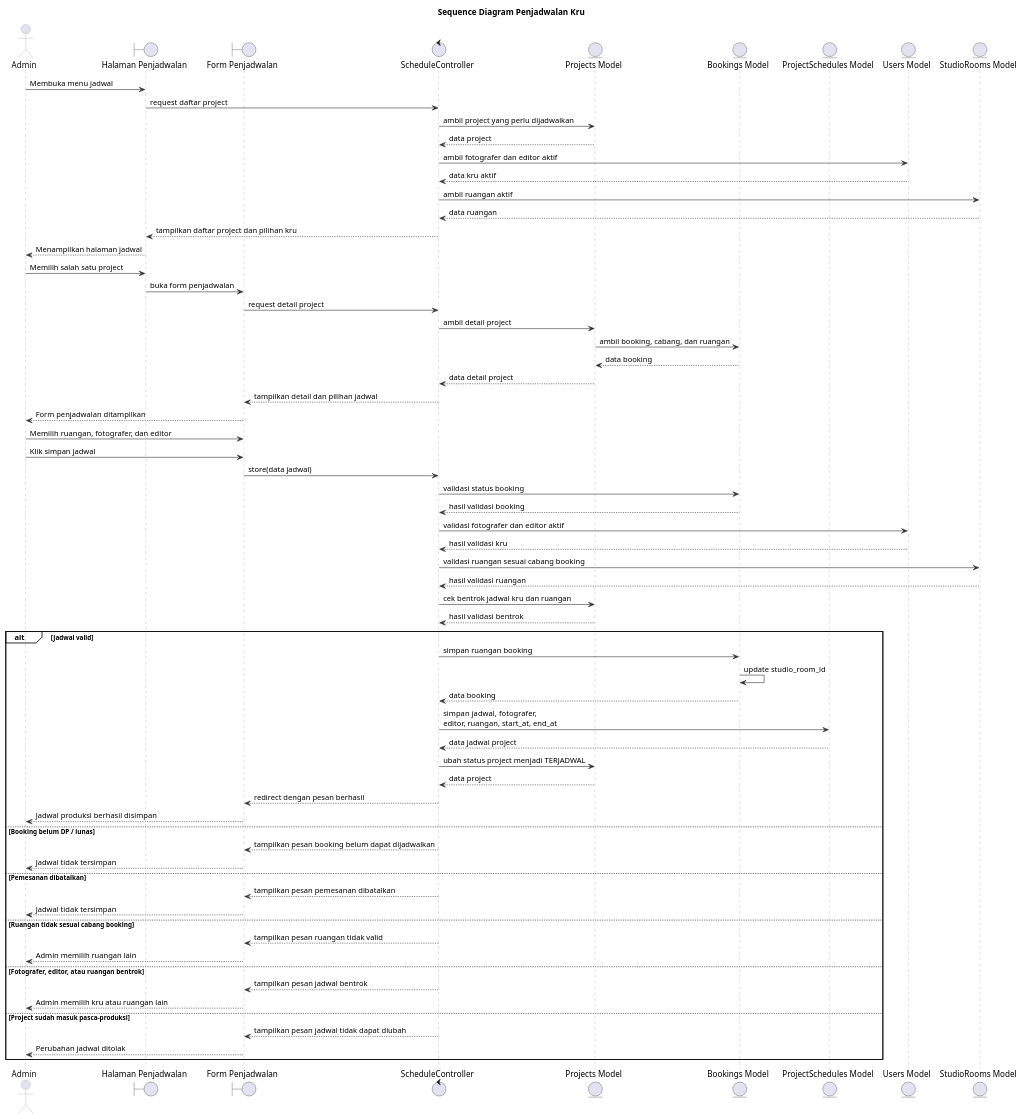
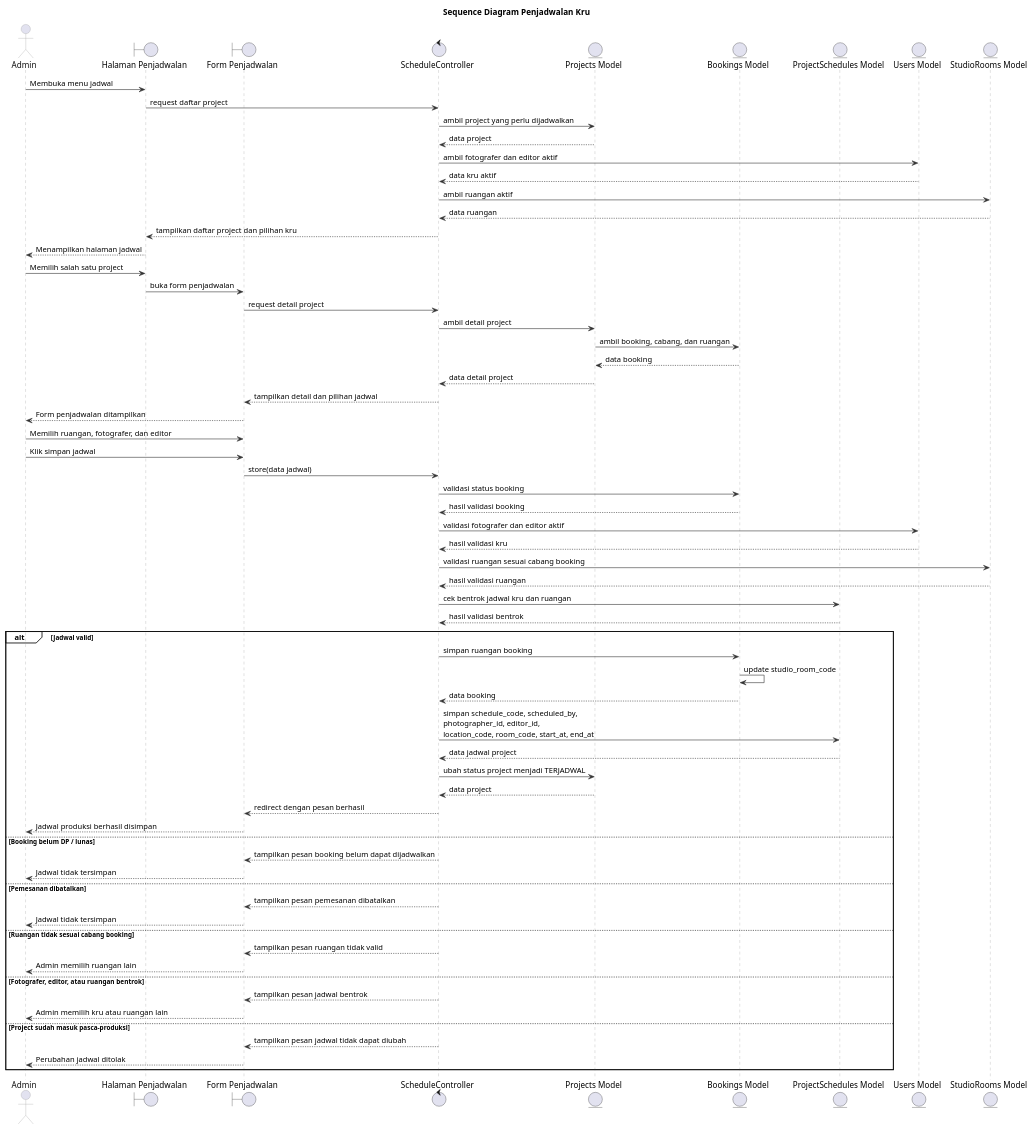
The diagram in sequence/sequence_penjadwalan_kru.puml (Fajrinputra/alterstudio-ta), drawn with PlantUML before and after one commit. The commit also changed 71 other files, not shown here.

```diff
--- a/sequence/sequence_penjadwalan_kru.puml
+++ b/sequence/sequence_penjadwalan_kru.puml
@@ -1,94 +1,94 @@
 @startuml
 title Sequence Diagram Penjadwalan Kru
 
 skinparam backgroundColor white
 skinparam shadowing false
 skinparam BoxPadding 4
 skinparam sequence {
     ArrowColor #333333
     LifeLineBorderColor #999999
     LifeLineBackgroundColor white
     ParticipantBorderColor #999999
     ParticipantBackgroundColor #ECEEF8
     ParticipantFontColor #111111
     ActorBorderColor #999999
     ActorFontColor #111111
     BoxBorderColor #111111
     GroupBorderColor #111111
     GroupBackgroundColor transparent
     DividerBorderColor #999999
     DividerFontColor #111111
 }
 
 actor "Admin" as Admin
 boundary "Halaman Penjadwalan" as HalamanJadwal
 boundary "Form Penjadwalan" as FormJadwal
 control "ScheduleController" as ScheduleController
 entity "Projects Model" as Project
 entity "Bookings Model" as Booking
 entity "ProjectSchedules Model" as ProjectSchedule
 entity "Users Model" as User
 entity "StudioRooms Model" as StudioRoom
 
 Admin -> HalamanJadwal : Membuka menu jadwal
 HalamanJadwal -> ScheduleController : request daftar project
 ScheduleController -> Project : ambil project yang perlu dijadwalkan
 Project --> ScheduleController : data project
 ScheduleController -> User : ambil fotografer dan editor aktif
 User --> ScheduleController : data kru aktif
 ScheduleController -> StudioRoom : ambil ruangan aktif
 StudioRoom --> ScheduleController : data ruangan
 ScheduleController --> HalamanJadwal : tampilkan daftar project dan pilihan kru
 HalamanJadwal --> Admin : Menampilkan halaman jadwal
 
 Admin -> HalamanJadwal : Memilih salah satu project
 HalamanJadwal -> FormJadwal : buka form penjadwalan
 FormJadwal -> ScheduleController : request detail project
 ScheduleController -> Project : ambil detail project
 Project -> Booking : ambil booking, cabang, dan ruangan
 Booking --> Project : data booking
 Project --> ScheduleController : data detail project
 ScheduleController --> FormJadwal : tampilkan detail dan pilihan jadwal
 FormJadwal --> Admin : Form penjadwalan ditampilkan
 
 Admin -> FormJadwal : Memilih ruangan, fotografer, dan editor
 Admin -> FormJadwal : Klik simpan jadwal
 FormJadwal -> ScheduleController : store(data jadwal)
 
 ScheduleController -> Booking : validasi status booking
 Booking --> ScheduleController : hasil validasi booking
 ScheduleController -> User : validasi fotografer dan editor aktif
 User --> ScheduleController : hasil validasi kru
 ScheduleController -> StudioRoom : validasi ruangan sesuai cabang booking
 StudioRoom --> ScheduleController : hasil validasi ruangan
-ScheduleController -> Project : cek bentrok jadwal kru dan ruangan
-Project --> ScheduleController : hasil validasi bentrok
+ScheduleController -> ProjectSchedule : cek bentrok jadwal kru dan ruangan
+ProjectSchedule --> ScheduleController : hasil validasi bentrok
 
 alt Jadwal valid
     ScheduleController -> Booking : simpan ruangan booking
-    Booking -> Booking : update studio_room_id
+    Booking -> Booking : update studio_room_code
     Booking --> ScheduleController : data booking
-    ScheduleController -> ProjectSchedule : simpan jadwal, fotografer,\neditor, ruangan, start_at, end_at
+    ScheduleController -> ProjectSchedule : simpan schedule_code, scheduled_by,\nphotographer_id, editor_id,\nlocation_code, room_code, start_at, end_at
     ProjectSchedule --> ScheduleController : data jadwal project
     ScheduleController -> Project : ubah status project menjadi TERJADWAL
     Project --> ScheduleController : data project
     ScheduleController --> FormJadwal : redirect dengan pesan berhasil
     FormJadwal --> Admin : Jadwal produksi berhasil disimpan
 else Booking belum DP / lunas
     ScheduleController --> FormJadwal : tampilkan pesan booking belum dapat dijadwalkan
     FormJadwal --> Admin : Jadwal tidak tersimpan
 else Pemesanan dibatalkan
     ScheduleController --> FormJadwal : tampilkan pesan pemesanan dibatalkan
     FormJadwal --> Admin : Jadwal tidak tersimpan
 else Ruangan tidak sesuai cabang booking
     ScheduleController --> FormJadwal : tampilkan pesan ruangan tidak valid
     FormJadwal --> Admin : Admin memilih ruangan lain
 else Fotografer, editor, atau ruangan bentrok
     ScheduleController --> FormJadwal : tampilkan pesan jadwal bentrok
     FormJadwal --> Admin : Admin memilih kru atau ruangan lain
 else Project sudah masuk pasca-produksi
     ScheduleController --> FormJadwal : tampilkan pesan jadwal tidak dapat diubah
     FormJadwal --> Admin : Perubahan jadwal ditolak
 end
 
 @enduml
```
